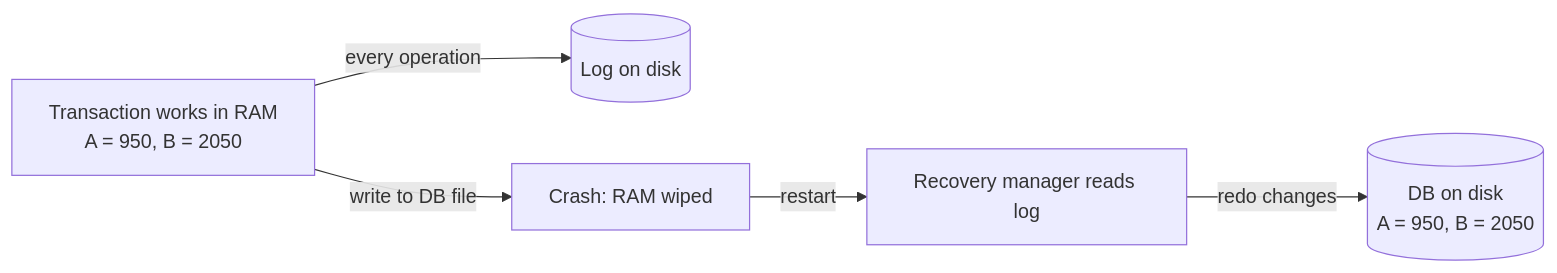
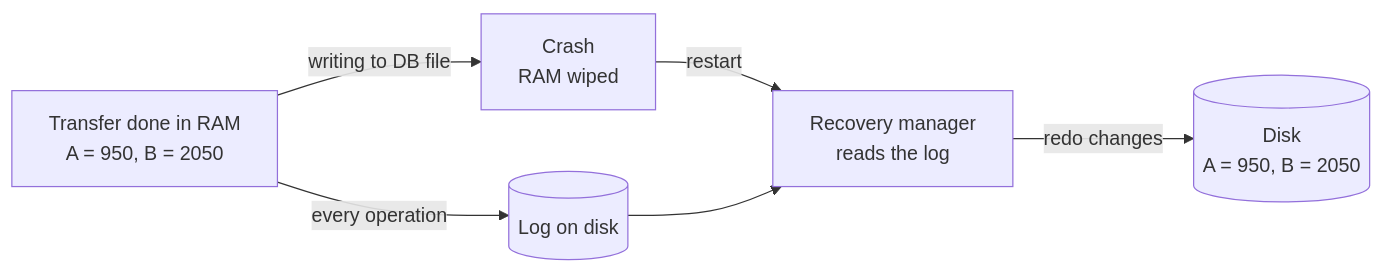
Before and after one commit to aaryan-pradhan/core-cs-fundamentals: the sixth of 7 diagrams in dbms/12-transaction.md, drawn with Mermaid. The commit also changed other lines of this file, not shown here.

````diff
--- a/dbms/12-transaction.md
+++ b/dbms/12-transaction.md
@@ -113,6 +103,8 @@
 ```mermaid
 flowchart LR
-  T["Transaction works in RAM<br/>A = 950, B = 2050"] -- "every operation" --> L[("Log on disk")]
-  T -- "write to DB file" --> X["Crash: RAM wiped"]
-  X -- "restart" --> R["Recovery manager reads log"] -- "redo changes" --> D[("DB on disk<br/>A = 950, B = 2050")]
+  T["Transfer done in RAM<br/>A = 950, B = 2050"] -->|"every operation"| L[("Log on disk")]
+  T -->|"writing to DB file"| X["Crash<br/>RAM wiped"]
+  X -->|"restart"| R["Recovery manager<br/>reads the log"]
+  L --> R
+  R -->|"redo changes"| D[("Disk<br/>A = 950, B = 2050")]
 ```
````
